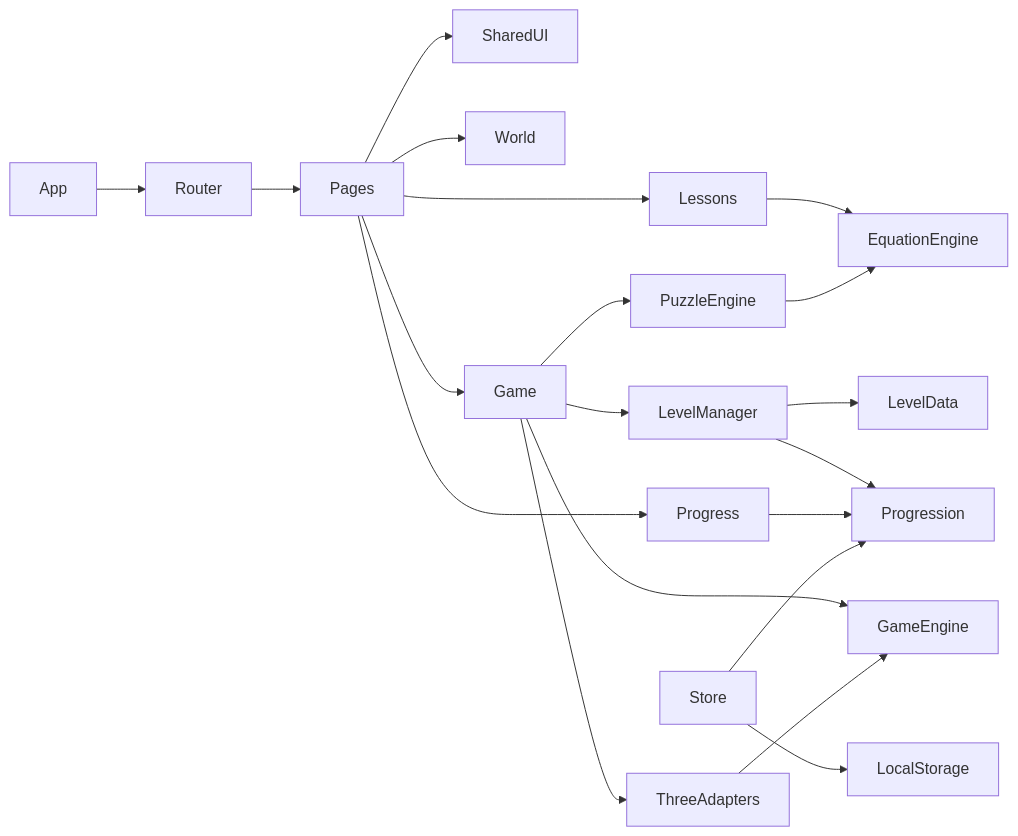
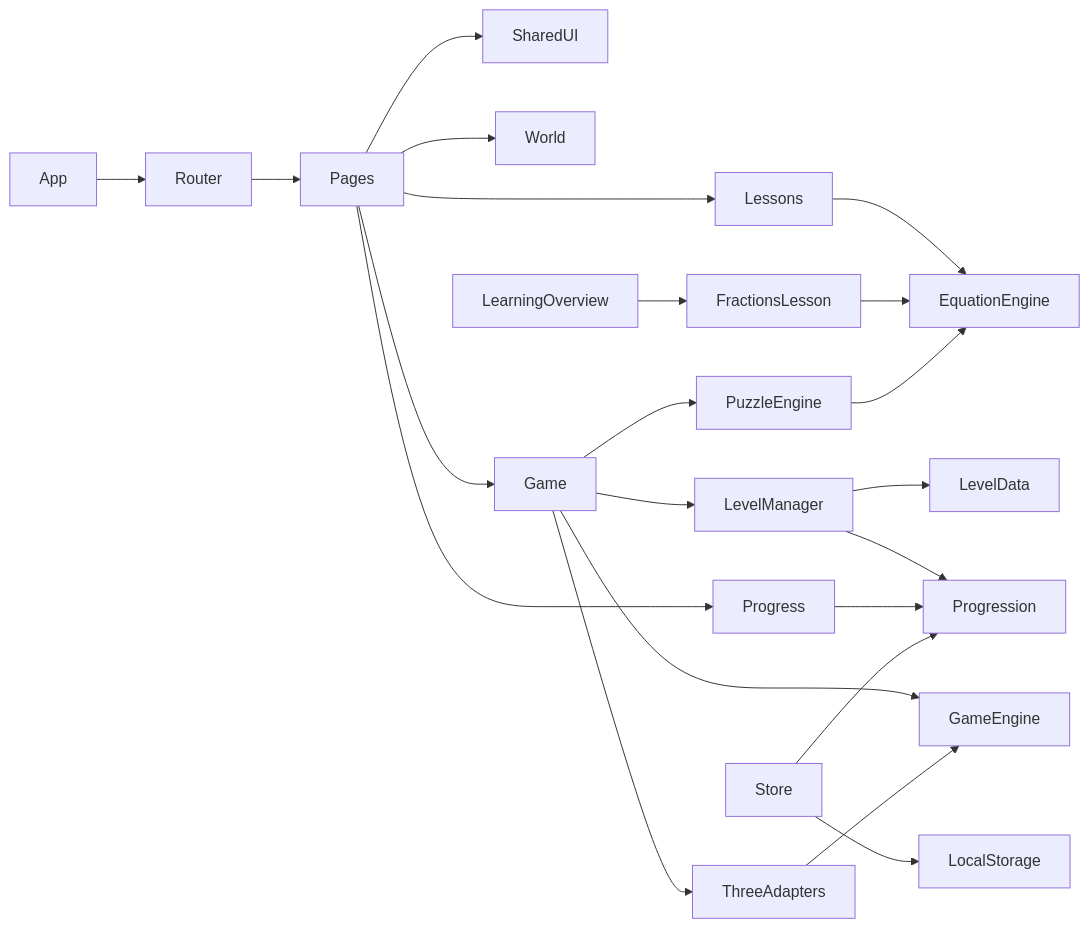
The diagram in docs/DEPENDENCY_MAP.md (mmalborzi1384/equation-quest), drawn with Mermaid before and after one commit. The commit also changed other lines of this file and 87 other files, not shown here.

````diff
--- a/docs/DEPENDENCY_MAP.md
+++ b/docs/DEPENDENCY_MAP.md
@@ -5,22 +5,24 @@
 ```mermaid
 flowchart LR
   App --> Router
   Router --> Pages
   Pages --> SharedUI
   Pages --> Lessons
   Pages --> World
   Pages --> Game
   Pages --> Progress
   Lessons --> EquationEngine
+  FractionsLesson --> EquationEngine
+  LearningOverview --> FractionsLesson
   Game --> LevelManager
   Game --> GameEngine
   Game --> ThreeAdapters
   Game --> PuzzleEngine
   PuzzleEngine --> EquationEngine
   LevelManager --> LevelData
   LevelManager --> Progression
   Progress --> Progression
   Store --> Progression
   ThreeAdapters --> GameEngine
   Store --> LocalStorage
 ```
````
